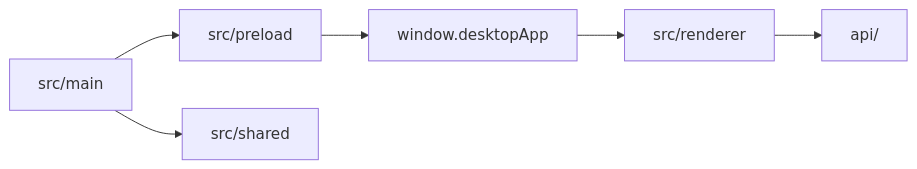
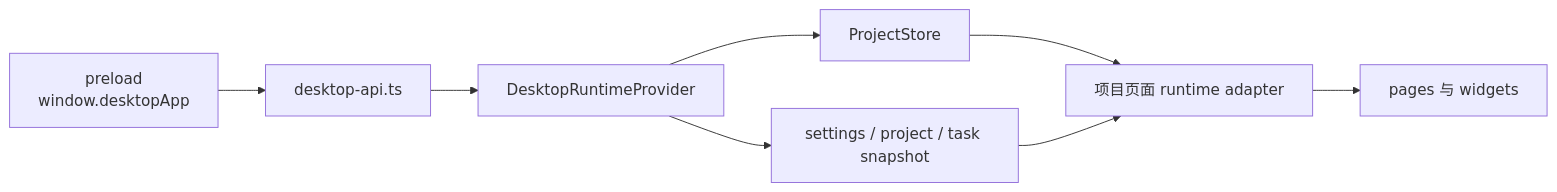
Before and after one commit to neavo/LinguaGacha: the diagram in docs/FRONTEND.md, drawn with Mermaid. The commit also changed other lines of this file and 670 other files, not shown here.

````diff
--- a/docs/FRONTEND.md
+++ b/docs/FRONTEND.md
@@ -8,8 +7,10 @@
 ```mermaid
 flowchart LR
-    A["src/main"] --> B["src/preload"]
-    A --> C["src/shared"]
-    B --> D["window.desktopApp"]
-    D --> E["src/renderer"]
-    E --> F["api/"]
+  A["preload<br/>window.desktopApp"] --> B["desktop-api.ts"]
+  B --> C["DesktopRuntimeProvider"]
+  C --> D["ProjectStore"]
+  C --> E["settings / project / task snapshot"]
+  D --> F["项目页面 runtime adapter"]
+  E --> F
+  F --> G["pages 与 widgets"]
 ```
````
